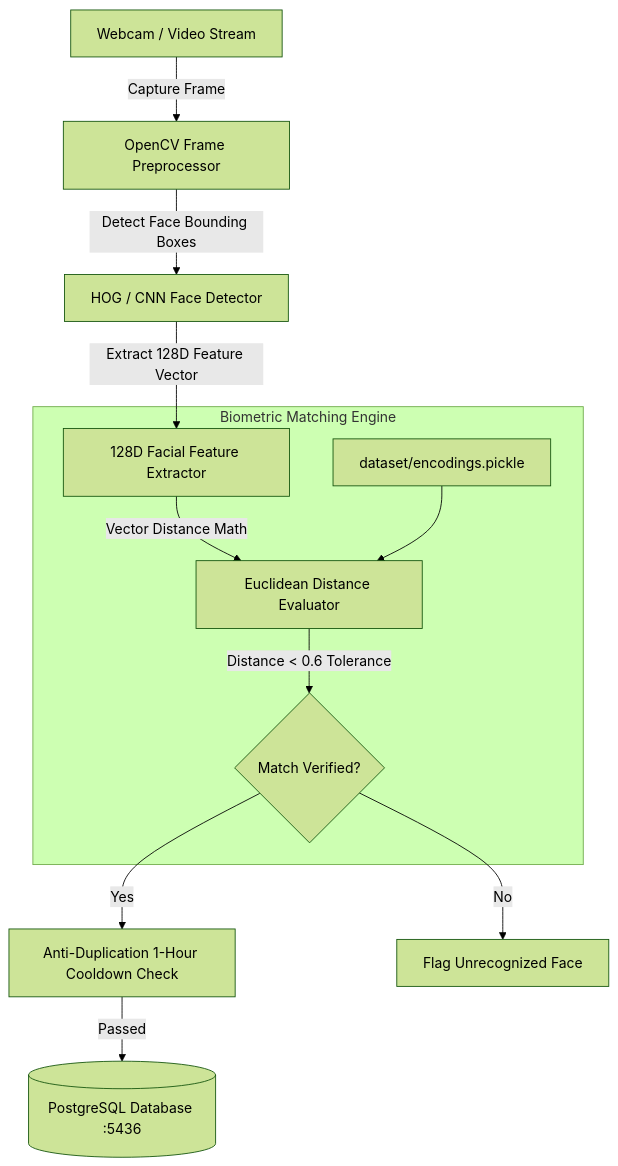
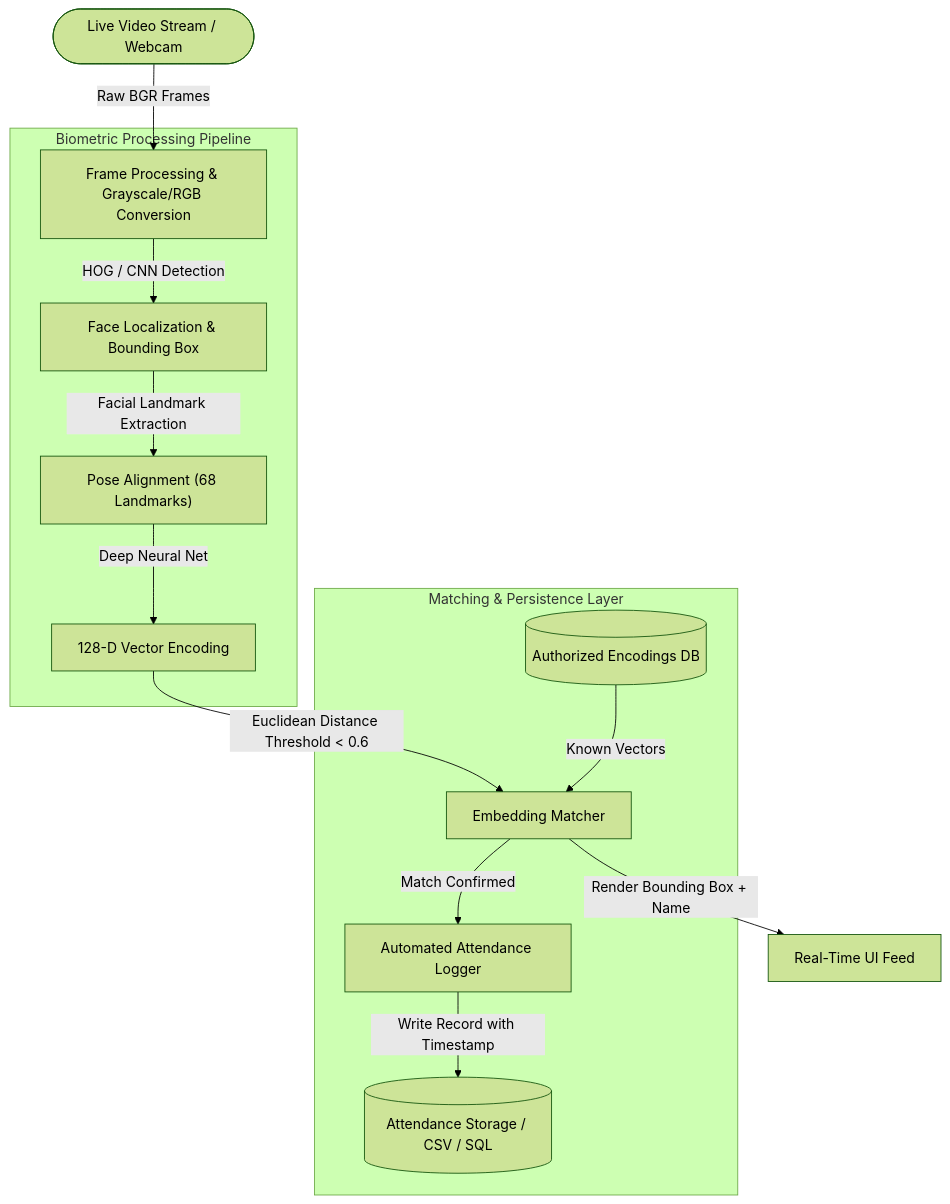
Before and after one commit to SudeeraHemantha/Portfolio_Projects: the diagram in 06-face-recognition-attendance/README.md, drawn with Mermaid (forest theme). The commit also changed other lines of this file, not shown here.

First line of the commit message:
Revise README for Face Recognition Attendance System

````diff
--- a/06-face-recognition-attendance/README.md
+++ b/06-face-recognition-attendance/README.md
@@ -12,16 +15,20 @@
 ```mermaid
 graph TD
-    Camera[Webcam / Video Stream] -->|Capture Frame| FrameProc[OpenCV Frame Preprocessor]
-    FrameProc -->|Detect Face Bounding Boxes| HOG[HOG / CNN Face Detector]
-    HOG -->|Extract 128D Feature Vector| Encoder[128D Facial Feature Extractor]
+    Camera(["Live Video Stream / Webcam"]) -->|Raw BGR Frames| Preprocess["Frame Processing & Grayscale/RGB Conversion"]
     
-    subgraph Biometric Matching Engine
-        Encoder -->|Vector Distance Math| Distance[Euclidean Distance Evaluator]
-        KnownEmbeddings[dataset/encodings.pickle] --> Distance
-        Distance -->|Distance < 0.6 Tolerance| Matcher{Match Verified?}
+    subgraph CV_Pipeline["Biometric Processing Pipeline"]
+        Preprocess -->|HOG / CNN Detection| Detect["Face Localization & Bounding Box"]
+        Detect -->|Facial Landmark Extraction| Align["Pose Alignment (68 Landmarks)"]
+        Align -->|Deep Neural Net| Vector["128-D Vector Encoding"]
     end
 
-    Matcher -->|Yes| Cooldown[Anti-Duplication 1-Hour Cooldown Check]
-    Cooldown -->|Passed| DB[(PostgreSQL Database :5436)]
-    Matcher -->|No| Flag[Flag Unrecognized Face]
+    subgraph Identification_Layer["Matching & Persistence Layer"]
+        Vector -->|Euclidean Distance Threshold < 0.6| Matcher["Embedding Matcher"]
+        KnownDB[("Authorized Encodings DB")] -->|Known Vectors| Matcher
+        Matcher -->|Match Confirmed| Logger["Automated Attendance Logger"]
+        Logger -->|Write Record with Timestamp| DB[("Attendance Storage / CSV / SQL")]
+    end
+
+    Matcher -->|Render Bounding Box + Name| Display["Real-Time UI Feed"]
+
 ```
````
